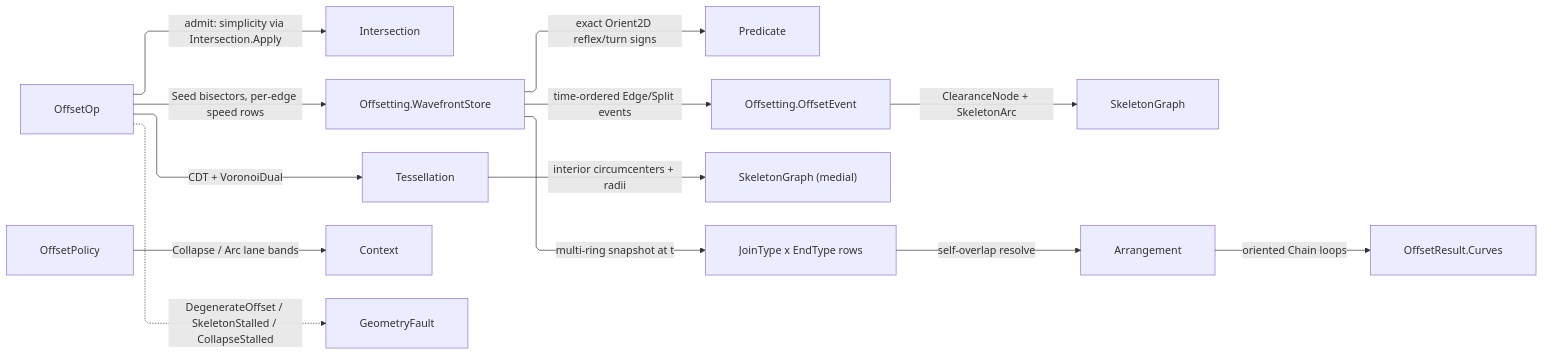
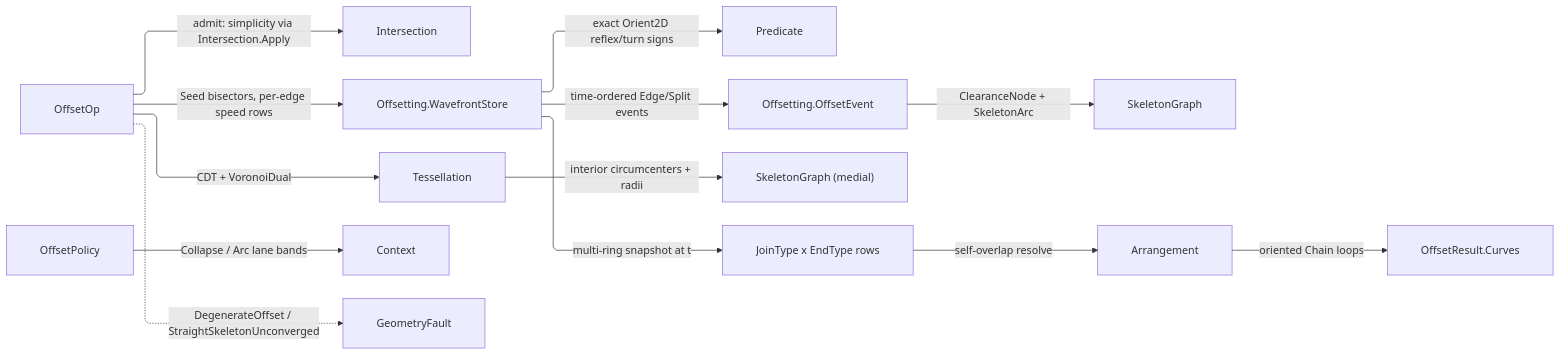
The diagram in libs/dotnet/Rasm/.planning/Meshing/offset.md (bsamiee/Rasm), drawn with Mermaid before and after one commit. The commit also changed other lines of this file and 83 other files, not shown here.

````diff
--- a/libs/dotnet/Rasm/.planning/Meshing/offset.md
+++ b/libs/dotnet/Rasm/.planning/Meshing/offset.md
@@ -673,24 +673,24 @@
 ```mermaid
 ---
 config:
   layout: elk
   flowchart:
     curve: linear
     padding: 25
 ---
 flowchart LR
     accTitle: Offset wavefront flow
     accDescr: Rings flow through admission, the wavefront event queue, and join and cap generators into offset curves, skeleton, medial, and clearance results.
     OffsetOp -->|admit: simplicity via Intersection.Apply| Intersection
     OffsetOp -->|Seed bisectors, per-edge speed rows| WavefrontStore
     WavefrontStore["Offsetting.WavefrontStore"] -->|exact Orient2D reflex/turn signs| Predicate
     WavefrontStore -->|time-ordered Edge/Split events| OffsetEvent["Offsetting.OffsetEvent"]
     OffsetEvent -->|ClearanceNode + SkeletonArc| SkeletonGraph
     OffsetOp -->|CDT + VoronoiDual| Tessellation
     Tessellation -->|interior circumcenters + radii| Medial["SkeletonGraph (medial)"]
     WavefrontStore -->|multi-ring snapshot at t| Dressing["JoinType x EndType rows"]
     Dressing -->|self-overlap resolve| Arrangement
     Arrangement -->|oriented Chain loops| Curves["OffsetResult.Curves"]
     OffsetPolicy -->|Collapse / Arc lane bands| Context
-    OffsetOp -.->|DegenerateOffset / SkeletonStalled / CollapseStalled| GeometryFault
+    OffsetOp -.->|DegenerateOffset / StraightSkeletonUnconverged| GeometryFault
 ```
````
